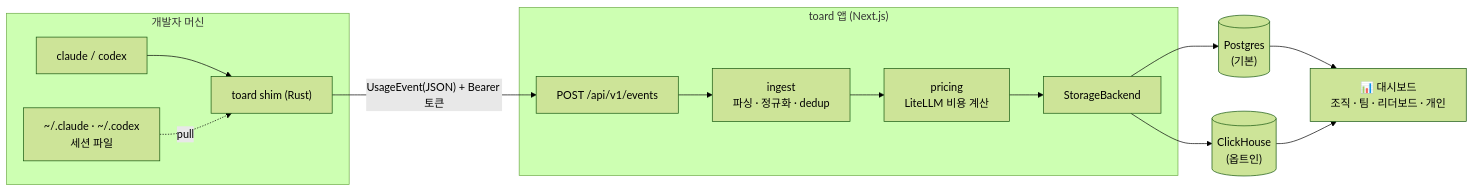
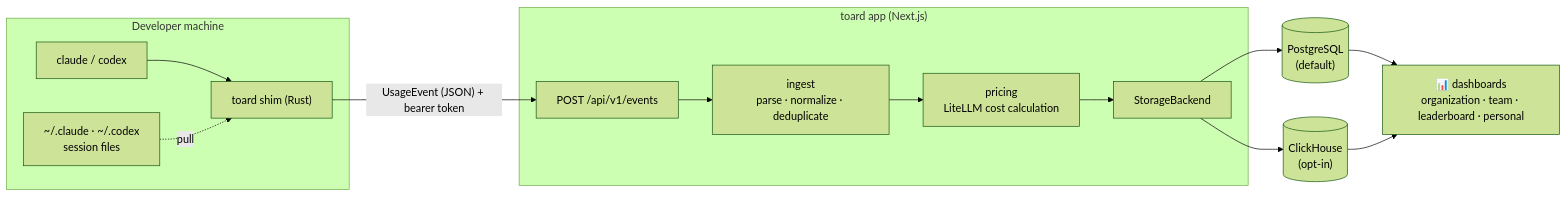
The diagram in README.md (devy1540/toard), drawn with Mermaid (forest theme) before and after one commit. The commit also changed other lines of this file and 2 other files, not shown here.

````diff
--- a/README.md
+++ b/README.md
@@ -44,17 +44,17 @@
 ```mermaid
 flowchart LR
-    subgraph dev["개발자 머신"]
+    subgraph dev["Developer machine"]
         CLI["claude / codex"] --> SHIM["toard shim (Rust)"]
-        FILES["~/.claude · ~/.codex<br/>세션 파일"] -. "pull" .-> SHIM
+        FILES["~/.claude · ~/.codex<br/>session files"] -. "pull" .-> SHIM
     end
-    SHIM -- "UsageEvent(JSON) + Bearer 토큰" --> API["POST /api/v1/events"]
-    subgraph app["toard 앱 (Next.js)"]
-        API --> INGEST["ingest<br/>파싱 · 정규화 · dedup"]
-        INGEST --> PRICE["pricing<br/>LiteLLM 비용 계산"]
+    SHIM -- "UsageEvent (JSON) + bearer token" --> API["POST /api/v1/events"]
+    subgraph app["toard app (Next.js)"]
+        API --> INGEST["ingest<br/>parse · normalize · deduplicate"]
+        INGEST --> PRICE["pricing<br/>LiteLLM cost calculation"]
         PRICE --> SB["StorageBackend"]
     end
-    SB --> PG[("Postgres<br/>(기본)")]
-    SB --> CH[("ClickHouse<br/>(옵트인)")]
-    PG --> DASH["📊 대시보드<br/>조직 · 팀 · 리더보드 · 개인"]
+    SB --> PG[("PostgreSQL<br/>(default)")]
+    SB --> CH[("ClickHouse<br/>(opt-in)")]
+    PG --> DASH["📊 dashboards<br/>organization · team · leaderboard · personal"]
     CH --> DASH
 ```
````
